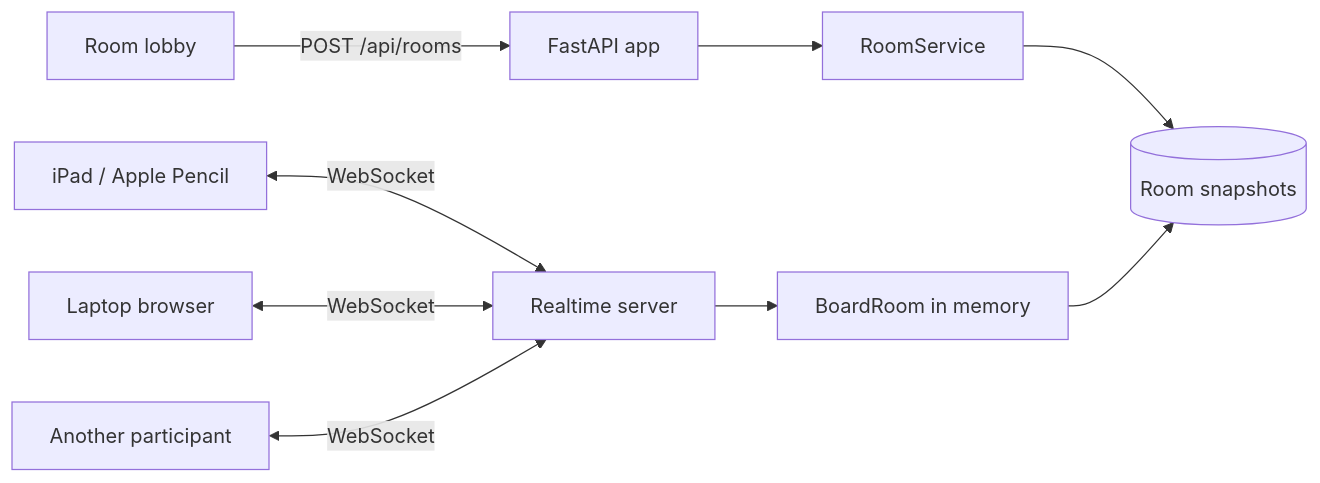
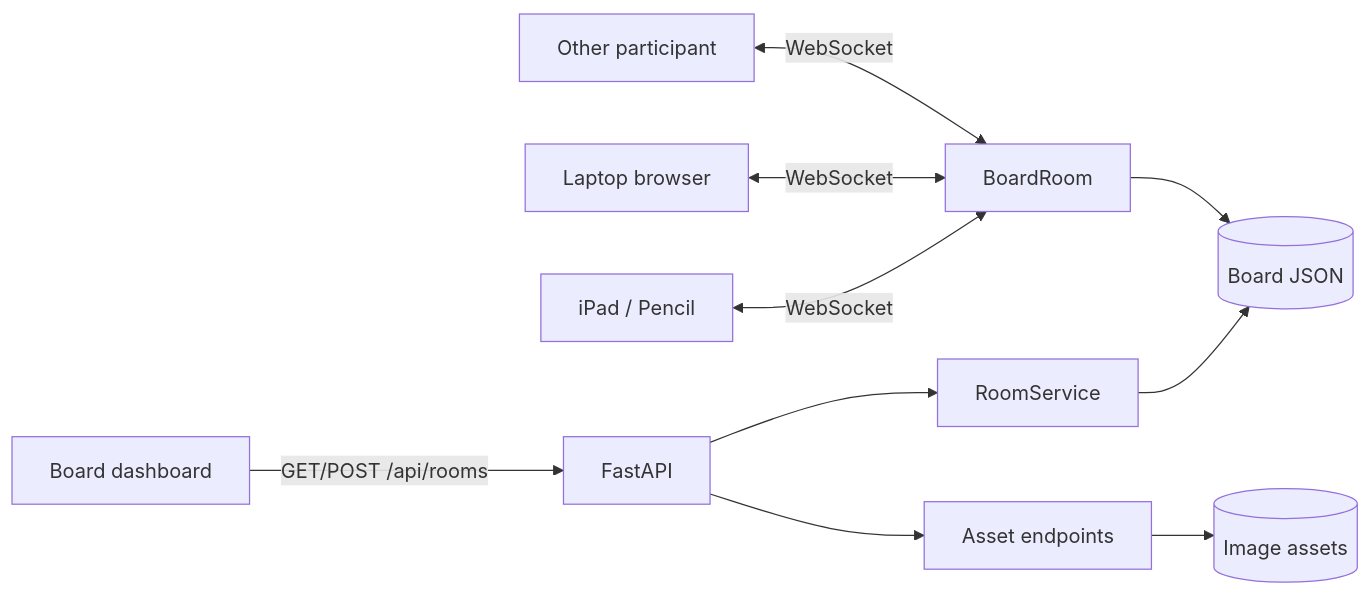
Before and after one commit to AlexArutiunian/local-board: the diagram in docs/architecture.md, drawn with Mermaid. The commit also changed other lines of this file, not shown here.

Commit message:
Document dashboard selection and image object architecture

````diff
--- a/docs/architecture.md
+++ b/docs/architecture.md
@@ -29,12 +23,13 @@
 ```mermaid
 flowchart LR
-    H[Room lobby] -->|POST /api/rooms| A[FastAPI app]
+    D[Board dashboard] -->|GET/POST /api/rooms| A[FastAPI]
     A --> RS[RoomService]
-    RS --> J[(Room snapshots)]
+    A --> AS[Asset endpoints]
+    RS --> J[(Board JSON)]
+    AS --> F[(Image assets)]
 
-    I[iPad / Apple Pencil] <-->|WebSocket| S[Realtime server]
-    L[Laptop browser] <-->|WebSocket| S
-    O[Another participant] <-->|WebSocket| S
-    S --> M[BoardRoom in memory]
-    M --> J
+    I[iPad / Pencil] <-->|WebSocket| R[BoardRoom]
+    L[Laptop browser] <-->|WebSocket| R
+    O[Other participant] <-->|WebSocket| R
+    R --> J
 ```
````
